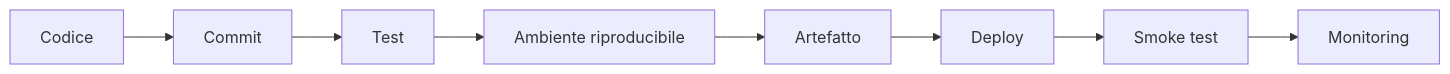
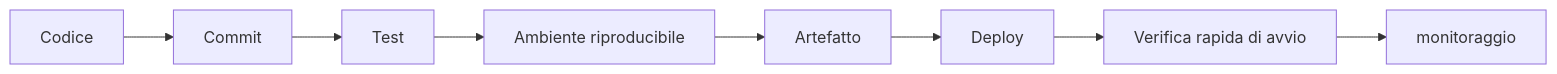
The diagram in 05-deployment.qmd (andreabz/R_per_IT), drawn with Mermaid before and after one commit. The commit also changed other lines of this file and 10 other files, not shown here.

````diff
--- a/05-deployment.qmd
+++ b/05-deployment.qmd
@@ -23,11 +23,11 @@
 ```{mermaid}
 %%| echo: false
 flowchart LR
   A[Codice] --> B[Commit]
   B --> C[Test]
   C --> D[Ambiente riproducibile]
   D --> E[Artefatto]
   E --> F[Deploy]
-  F --> G[Smoke test]
-  G --> H[Monitoring]
+  F --> G[Verifica rapida di avvio]
+  G --> H[monitoraggio]
 ``` 
````
